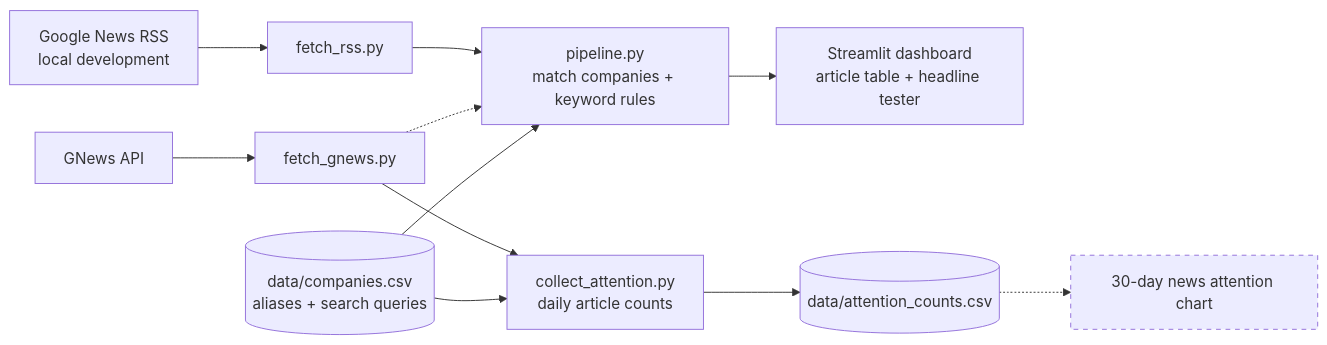
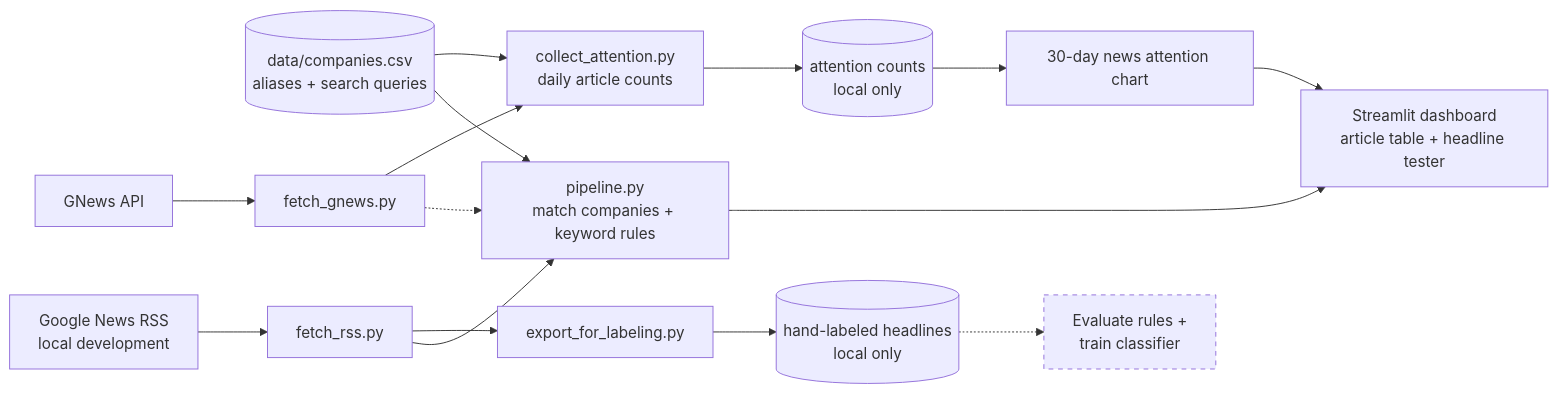
The diagram in README.md (uhbreadking/ChipWatch-AI), drawn with Mermaid before and after one commit. The commit also changed other lines of this file and 1 other file, not shown here.

Commit message:
Update README with attention chart and Phase 2 labeling progress

````diff
--- a/README.md
+++ b/README.md
@@ -54,17 +58,21 @@
 ```mermaid
 flowchart LR
     CO[(data/companies.csv<br/>aliases + search queries)]
     A[Google News RSS<br/>local development] --> C[fetch_rss.py]
     B[GNews API] --> D[fetch_gnews.py]
     C --> E[pipeline.py<br/>match companies + keyword rules]
     D -.-> E
     CO --> E
     E --> F[Streamlit dashboard<br/>article table + headline tester]
     D --> G[collect_attention.py<br/>daily article counts]
     CO --> G
-    G --> H[(data/attention_counts.csv)]
-    H -.-> I[30-day news attention chart]
+    G --> H[(attention counts<br/>local only)]
+    H --> I[30-day news attention chart]
+    I --> F
+    C --> L[export_for_labeling.py]
+    L --> M[(hand-labeled headlines<br/>local only)]
+    M -.-> N[Evaluate rules +<br/>train classifier]
 
     classDef planned stroke-dasharray: 5 5
-    class I planned
+    class N planned
 ```
````
